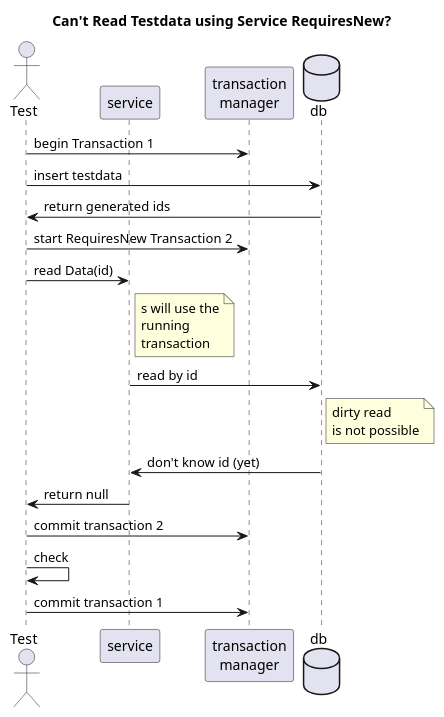
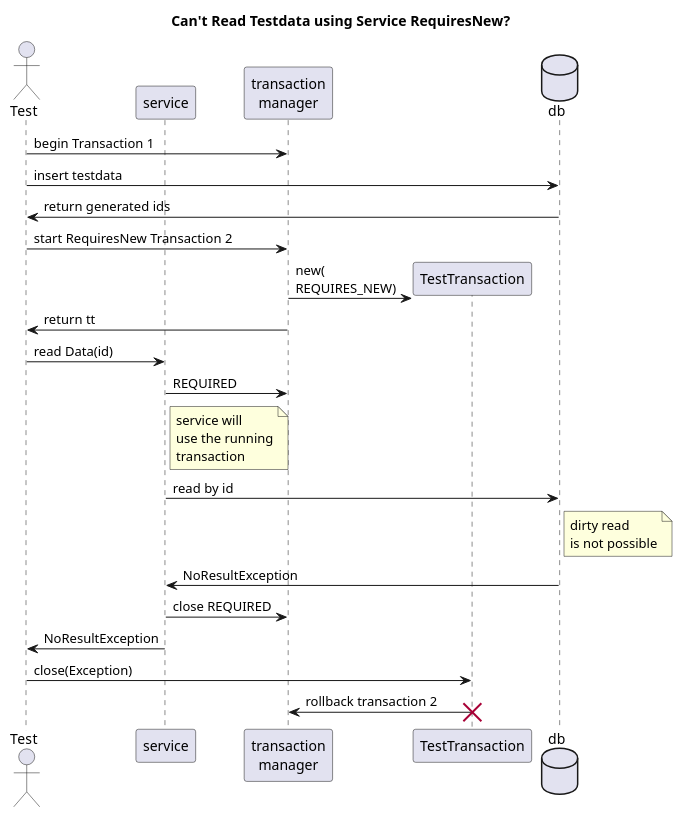
One commit to 1and1/ioc-unit changed the diagram in ejb-cdi-unit-examples/ex1-1entity/images/CantReadTestDataUsingServiceInRequiredNew.puml. Above: the diagram before and after it, drawn with PlantUML. The commit also changed 2 other files, not shown here.

Commit message:
worked on diagrams

```diff
--- a/ejb-cdi-unit-examples/ex1-1entity/images/CantReadTestDataUsingServiceInRequiredNew.puml
+++ b/ejb-cdi-unit-examples/ex1-1entity/images/CantReadTestDataUsingServiceInRequiredNew.puml
@@ -1,20 +1,26 @@
 @startuml
 title: Can't Read Testdata using Service RequiresNew?
 actor Test as t
 participant service as s
 participant "transaction\nmanager" as tm
+participant TestTransaction as tt
 database db
 t -> tm: begin Transaction 1
 t -> db: insert testdata
 db -> t: return generated ids
 t -> tm: start RequiresNew Transaction 2
+create tt
+tm -> tt: new(\nREQUIRES_NEW)
+tm -> t: return tt
 t -> s: read Data(id)
-note right of s:  s will use the\nrunning\ntransaction
+s -> tm: REQUIRED
+note right of s:  service will\nuse the running\ntransaction
 s -> db: read by id
 note right of db: dirty read\nis not possible
-db -> s: don't know id (yet)
-s -> t: return null
-t -> tm: commit transaction 2
-t -> t: check
-t -> tm: commit transaction 1
+db -> s: NoResultException
+s -> tm: close REQUIRED
+s -> t: NoResultException
+t -> tt: close(Exception)
+tt -> tm: rollback transaction 2
+destroy tt
 @enduml
```
